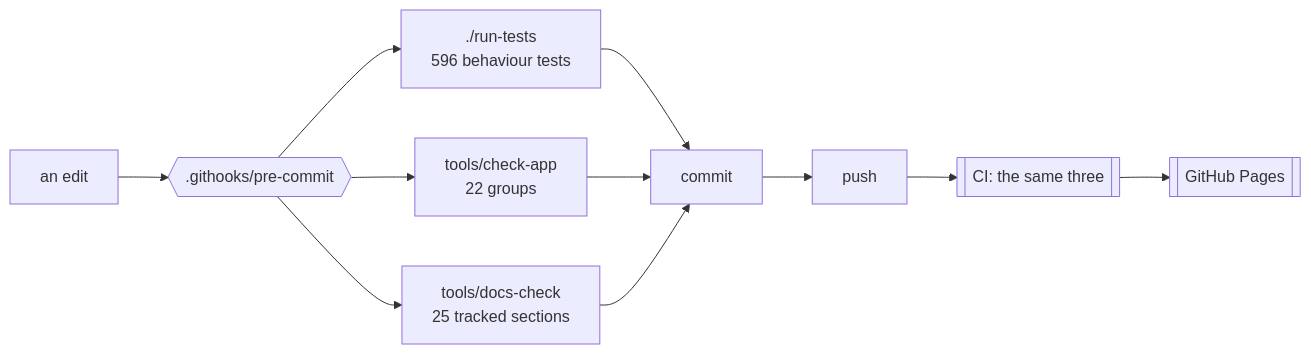
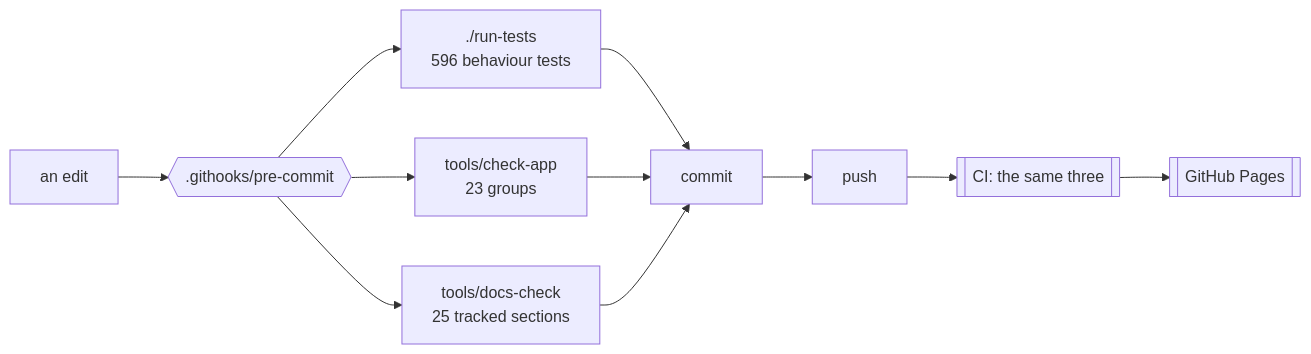
The first of 2 diagrams in docs/DEVELOPING.md (minormending/crystal-pilot-mobile), drawn with Mermaid before and after one commit. The commit also changed other lines of this file and 5 other files, not shown here.

````diff
--- a/docs/DEVELOPING.md
+++ b/docs/DEVELOPING.md
@@ -15,12 +15,12 @@
 ```mermaid
 flowchart LR
     E[an edit] --> H{{".githooks/pre-commit"}}
     H --> T["./run-tests<br/>596 behaviour tests"]
-    H --> C["tools/check-app<br/>22 groups"]
+    H --> C["tools/check-app<br/>23 groups"]
     H --> D["tools/docs-check<br/>25 tracked sections"]
     T --> OK[commit]
     C --> OK
     D --> OK
     OK --> P[push] --> CI[["CI: the same three"]]
     CI --> PG[[GitHub Pages]]
 ```
````
